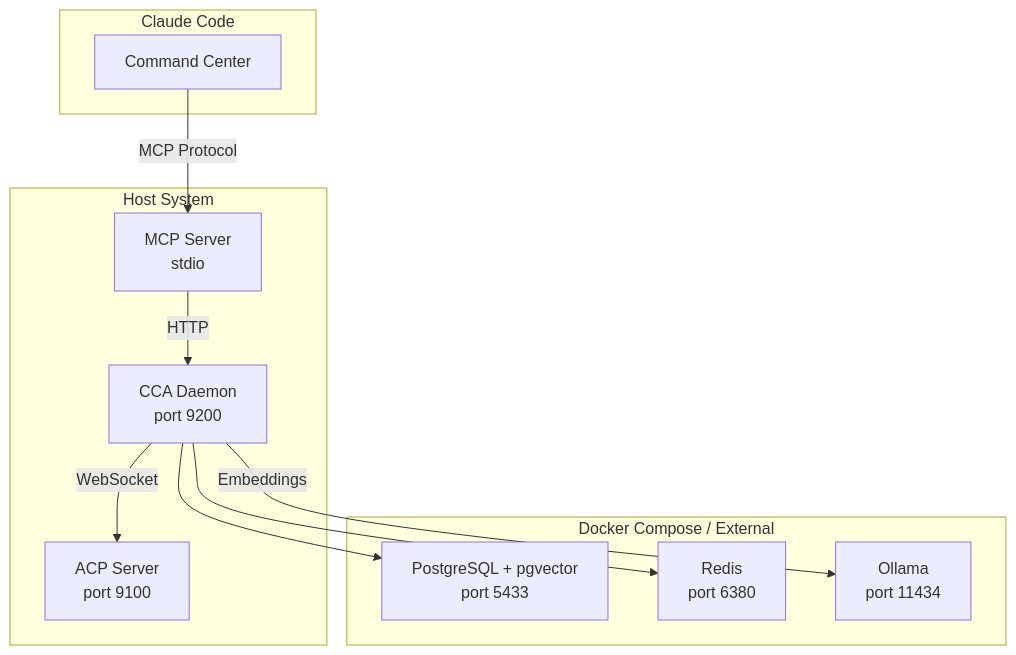
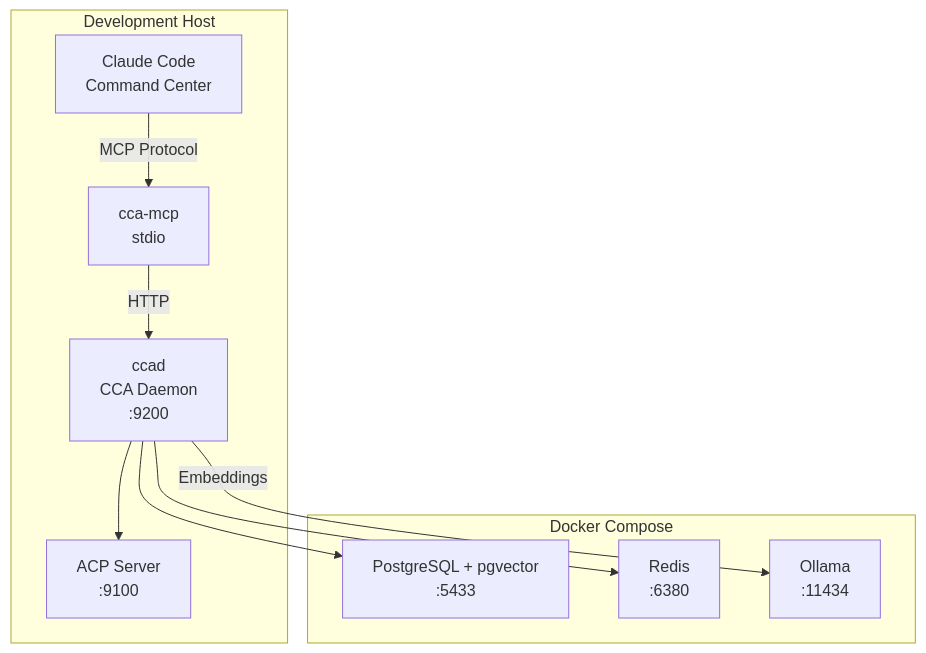
One commit to mjhcompany/cca changed diagram 15 of 19 in docs/architecture.md. Above: the diagram before and after it, drawn with Mermaid. The commit also changed other lines of this file and 43 other files, not shown here.

````diff
--- a/docs/architecture.md
+++ b/docs/architecture.md
@@ -735,25 +728,22 @@
 ```mermaid
 graph TB
-    subgraph "Docker Compose / External"
-        PG[PostgreSQL + pgvector<br/>port 5433]
-        RD[Redis<br/>port 6380]
-        OL[Ollama<br/>port 11434]
+    subgraph "Development Host"
+        CCAD[ccad<br/>CCA Daemon<br/>:9200]
+        ACPS[ACP Server<br/>:9100]
+        MCPS[cca-mcp<br/>stdio]
+        CC[Claude Code<br/>Command Center]
     end
 
-    subgraph "Host System"
-        CCAD[CCA Daemon<br/>port 9200]
-        ACPS[ACP Server<br/>port 9100]
-        MCPS[MCP Server<br/>stdio]
-    end
-
-    subgraph "Claude Code"
-        CC[Command Center]
+    subgraph "Docker Compose"
+        PG[PostgreSQL + pgvector<br/>:5433]
+        RD[Redis<br/>:6380]
+        OL[Ollama<br/>:11434]
     end
 
     CC -->|MCP Protocol| MCPS
     MCPS -->|HTTP| CCAD
-    CCAD -->|WebSocket| ACPS
+    CCAD --> ACPS
     CCAD --> PG
     CCAD --> RD
     CCAD -->|Embeddings| OL
 ```
````
